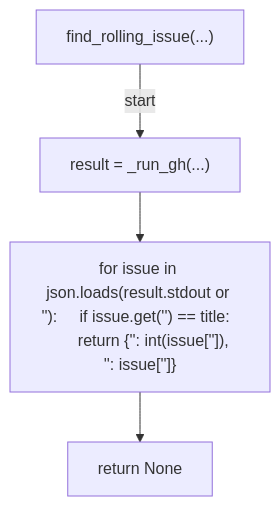
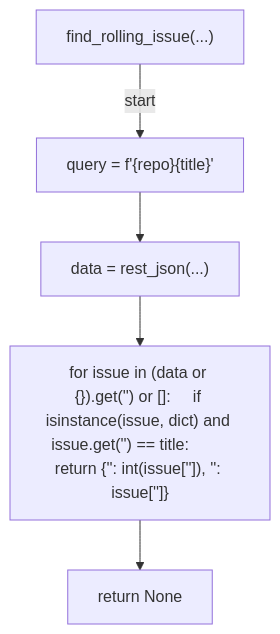
Before and after one commit to tvna/claude-md: diagram 26 of 38 in docs/generated/scripts/ast/ruleset_drift.md, drawn with Mermaid. The commit also changed other lines of this file and 15 other files, not shown here.

First line of the commit message:
docs(generated): regenerate decision tree and workflow diagrams

````diff
--- a/docs/generated/scripts/ast/ruleset_drift.md
+++ b/docs/generated/scripts/ast/ruleset_drift.md
@@ -331,10 +329,12 @@
 ```mermaid
 flowchart TD
     N001["find_rolling_issue(...)"]
-    N002["result = _run_gh(...)"]
-    N003["for issue in json.loads(result.stdout or '<str>'):     if issue.get('<str>') == title:         return {'<str>': int(issue['<str>']), '<str>': issue['<str>']}"]
-    N004["return None"]
+    N002["query = f'<str>{repo}<str>{title}<str>'"]
+    N003["data = rest_json(...)"]
+    N004["for issue in (data or {}).get('<str>') or []:     if isinstance(issue, dict) and issue.get('<str>') == title:         return {'<str>': int(issue['<str>']), '<str>': issue['<str>']}"]
+    N005["return None"]
     N001 -->|"start"| N002
     N002 --> N003
     N003 --> N004
+    N004 --> N005
 ```
````
